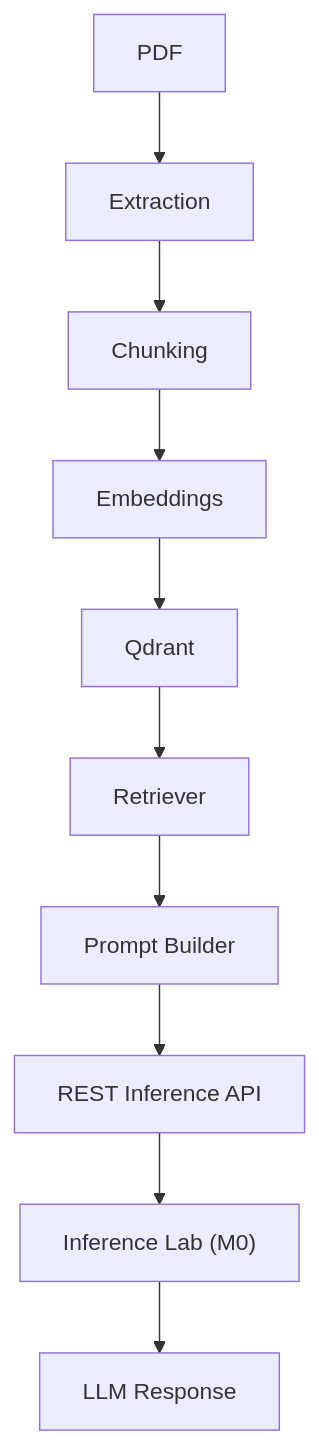
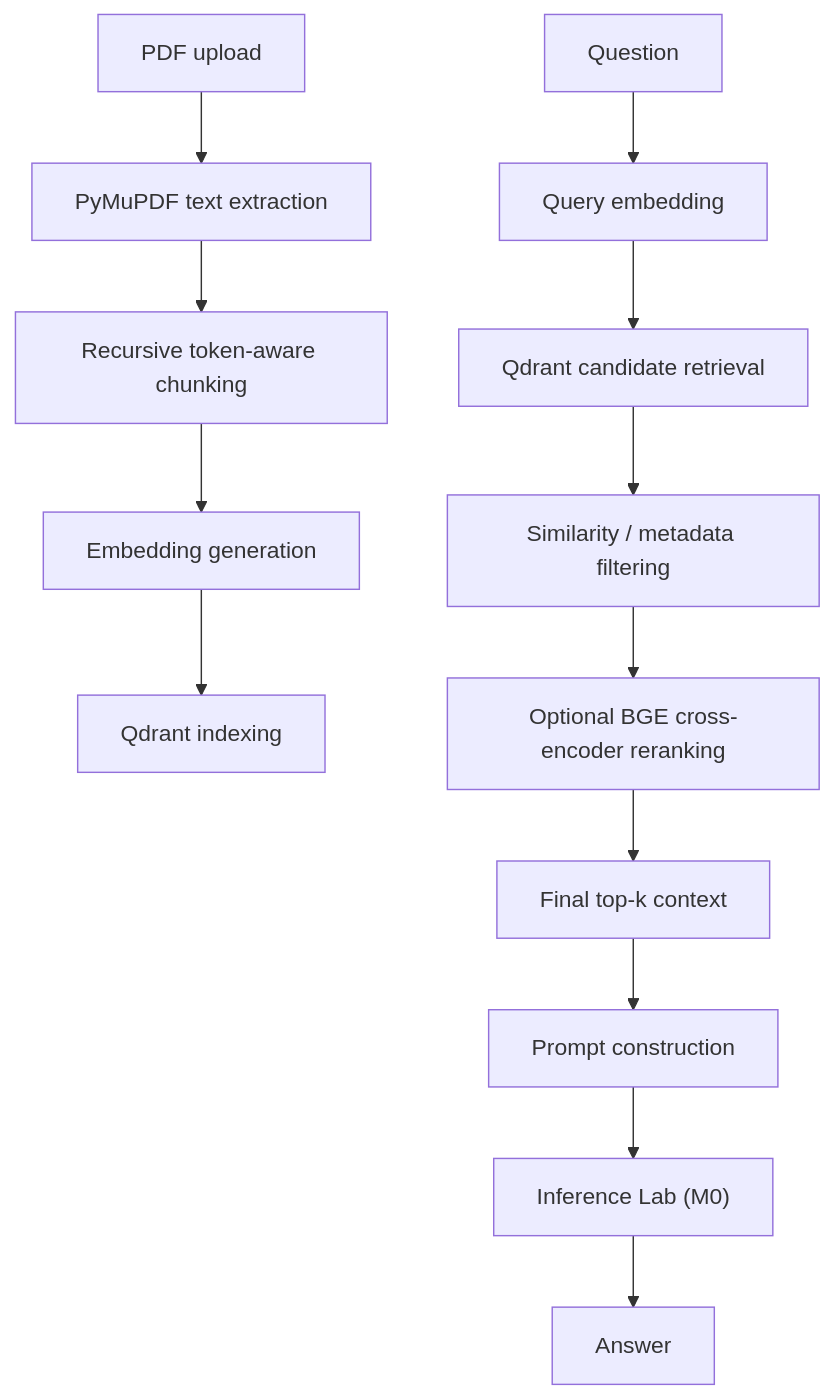
One commit to Jaival-Suthar/pdf-rag-system changed the diagram in README.md. Above: the diagram before and after it, drawn with Mermaid. The commit also changed other lines of this file and 2 other files, not shown here.

````diff
--- a/README.md
+++ b/README.md
@@ -43,12 +49,15 @@
 ```mermaid
 flowchart TD
-    A["PDF"] --> B["Extraction"]
-    B --> C["Chunking"]
-    C --> D["Embeddings"]
-    D --> E["Qdrant"]
-    E --> F["Retriever"]
-    F --> G["Prompt Builder"]
-    G --> H["REST Inference API"]
-    H --> I["Inference Lab (M0)"]
-    I --> J["LLM Response"]
+    A["PDF upload"] --> B["PyMuPDF text extraction"]
+    B --> C["Recursive token-aware chunking"]
+    C --> D["Embedding generation"]
+    D --> E["Qdrant indexing"]
+    Q["Question"] --> R["Query embedding"]
+    R --> S["Qdrant candidate retrieval"]
+    S --> T["Similarity / metadata filtering"]
+    T --> U["Optional BGE cross-encoder reranking"]
+    U --> V["Final top-k context"]
+    V --> W["Prompt construction"]
+    W --> X["Inference Lab (M0)"]
+    X --> Y["Answer"]
 ```
````
